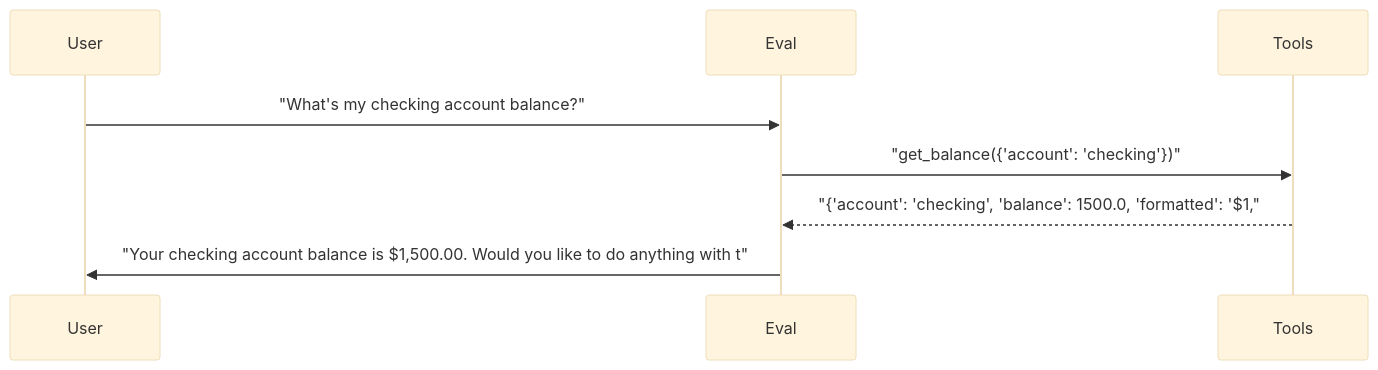
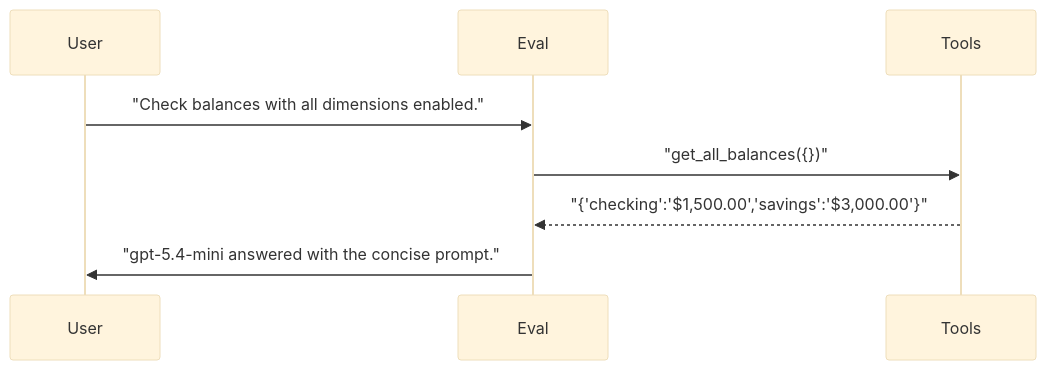
Before and after one commit to sbroenne/pytest-skill-engineering: the first of 4 diagrams in docs/reports/10_dimension_detection.md, drawn with Mermaid (base theme). The commit also changed other lines of this file and 137 other files, not shown here.

````diff
--- a/docs/reports/10_dimension_detection.md
+++ b/docs/reports/10_dimension_detection.md
@@ -130,11 +62,11 @@
 ```mermaid
 sequenceDiagram
     participant User
     participant Eval
     participant Tools
 
-    User->>Eval: "What's my checking account balance?"
-    Eval->>Tools: "get_balance({'account': 'checking'})"
-    Tools-->>Eval: "{'account': 'checking', 'balance': 1500.0, 'formatted': '$1,"
-    Eval->>User: "Your checking account balance is $1,500.00. Would you like to do anything with t"
+    User->>Eval: "Check balances with all dimensions enabled."
+    Eval->>Tools: "get_all_balances({})"
+    Tools-->>Eval: "{'checking':'$1,500.00','savings':'$3,000.00'}"
+    Eval->>User: "gpt-5.4-mini answered with the concise prompt."
 ```
````
